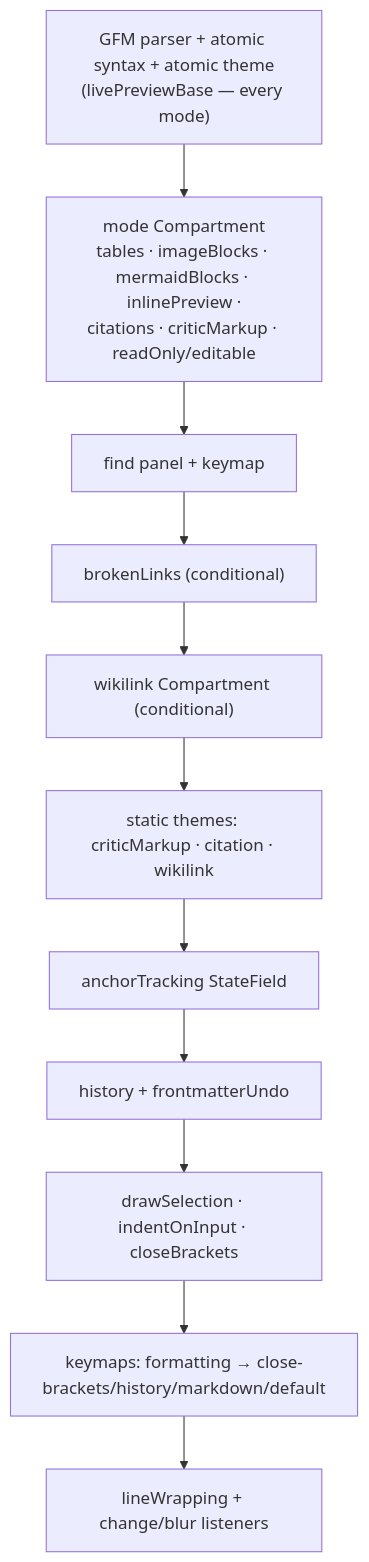
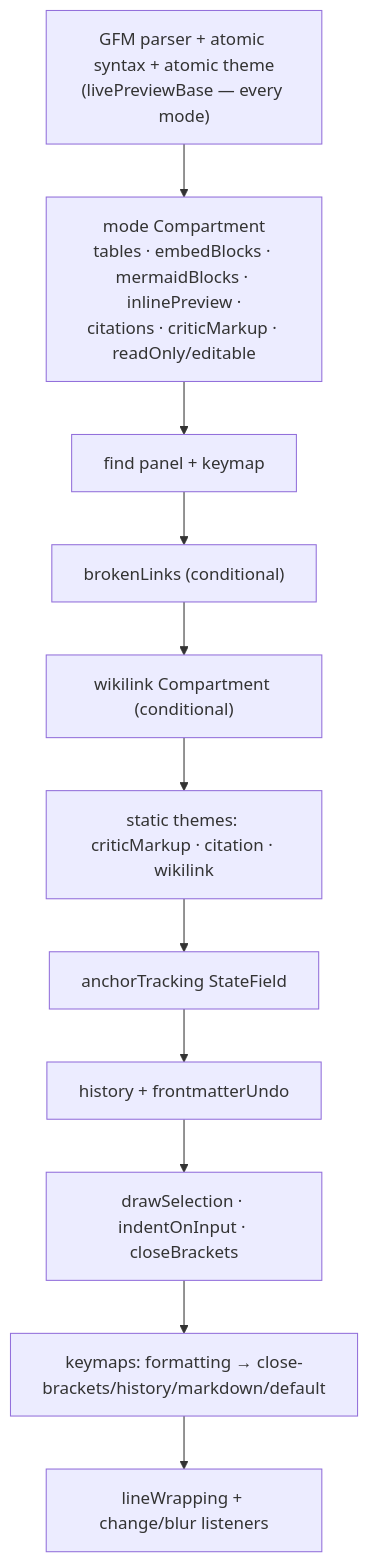
The diagram in docs/editor/codemirror.md (pothos-dev/sunstone), drawn with Mermaid before and after one commit. The commit also changed 19 other files, not shown here.

````diff
--- a/docs/editor/codemirror.md
+++ b/docs/editor/codemirror.md
@@ -34,15 +34,15 @@
 ```mermaid
 flowchart TD
   P["GFM parser + atomic syntax + atomic theme<br/>(livePreviewBase — every mode)"]
-  M["mode Compartment<br/>tables · imageBlocks · mermaidBlocks · inlinePreview ·<br/>citations · criticMarkup · readOnly/editable"]
+  M["mode Compartment<br/>tables · embedBlocks · mermaidBlocks · inlinePreview ·<br/>citations · criticMarkup · readOnly/editable"]
   F["find panel + keymap"]
   B["brokenLinks (conditional)"]
   W["wikilink Compartment (conditional)"]
   S["static themes: criticMarkup · citation · wikilink"]
   A["anchorTracking StateField"]
   H["history + frontmatterUndo"]
   E["drawSelection · indentOnInput · closeBrackets"]
   K["keymaps: formatting → close-brackets/history/markdown/default"]
   L["lineWrapping + change/blur listeners"]
   P --> M --> F --> B --> W --> S --> A --> H --> E --> K --> L
 ```
````
